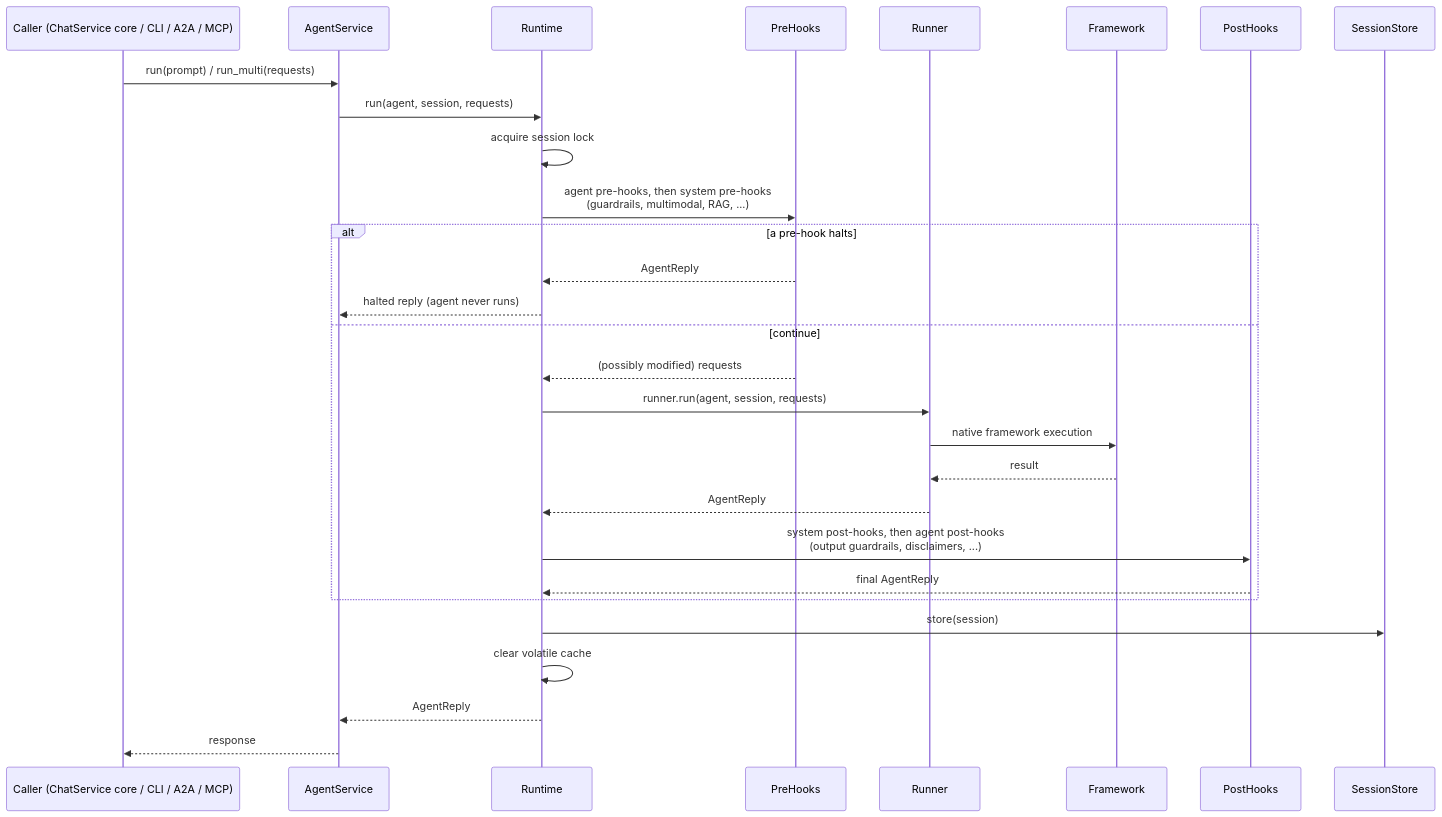
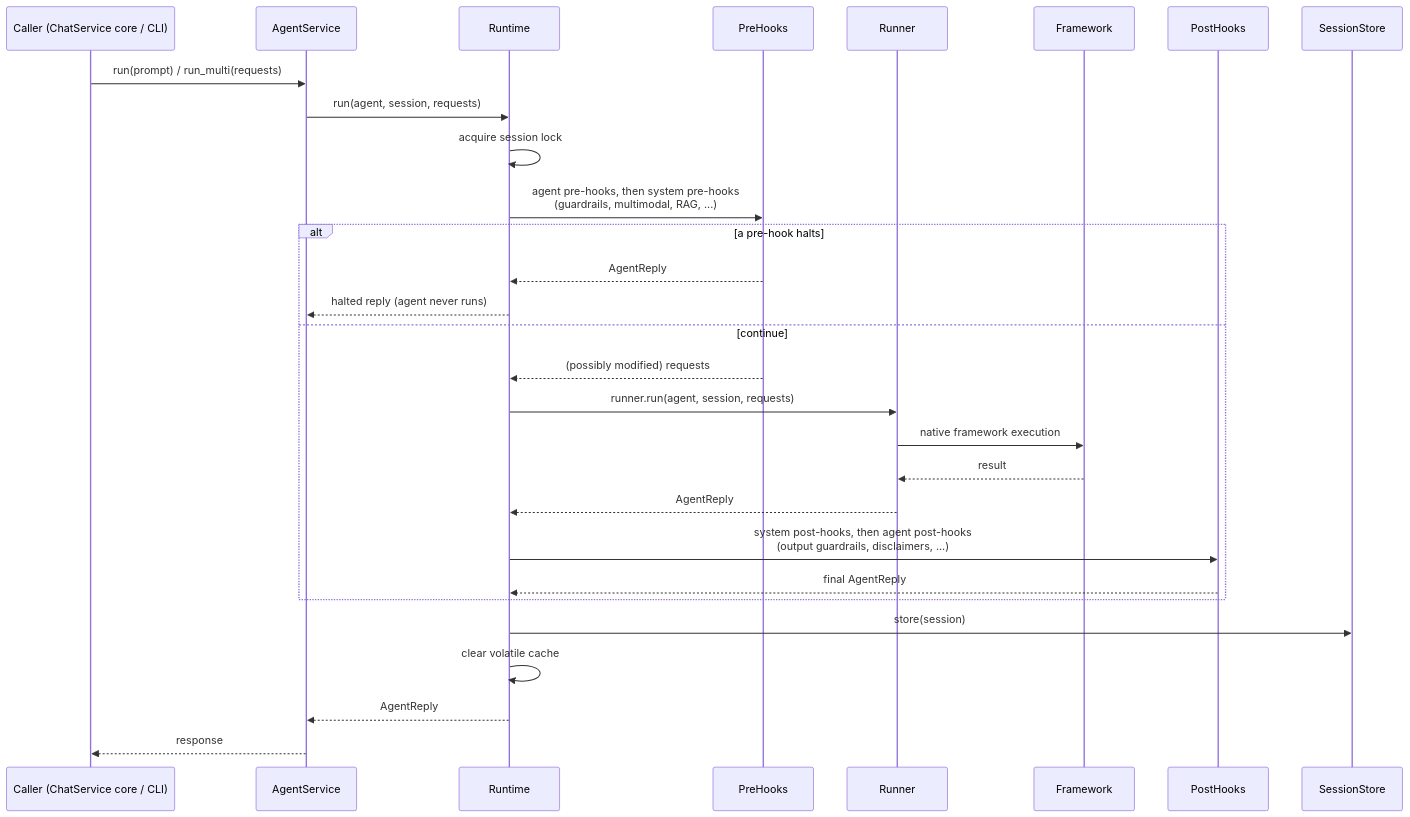
Before and after one commit to yaalalabs/agent-kernel: the second of 5 diagrams in docs/docs/architecture/overview.md, drawn with Mermaid. The commit also changed other lines of this file and 13 other files, not shown here.

````diff
--- a/docs/docs/architecture/overview.md
+++ b/docs/docs/architecture/overview.md
@@ -190,32 +190,32 @@
 ```mermaid
 sequenceDiagram
-    participant U as Caller (ChatService core / CLI / A2A / MCP)
+    participant U as Caller (ChatService core / CLI)
     participant SVC as AgentService
     participant R as Runtime
     participant PH as PreHooks
     participant Run as Runner
     participant F as Framework
     participant PoH as PostHooks
     participant Store as SessionStore
 
     U->>SVC: run(prompt) / run_multi(requests)
     SVC->>R: run(agent, session, requests)
     R->>R: acquire session lock
     R->>PH: agent pre-hooks, then system pre-hooks<br/>(guardrails, multimodal, RAG, ...)
     alt a pre-hook halts
         PH-->>R: AgentReply
         R-->>SVC: halted reply (agent never runs)
     else continue
         PH-->>R: (possibly modified) requests
         R->>Run: runner.run(agent, session, requests)
         Run->>F: native framework execution
         F-->>Run: result
         Run-->>R: AgentReply
         R->>PoH: system post-hooks, then agent post-hooks<br/>(output guardrails, disclaimers, ...)
         PoH-->>R: final AgentReply
     end
     R->>Store: store(session)
     R->>R: clear volatile cache
     R-->>SVC: AgentReply
     SVC-->>U: response
 ```
````
